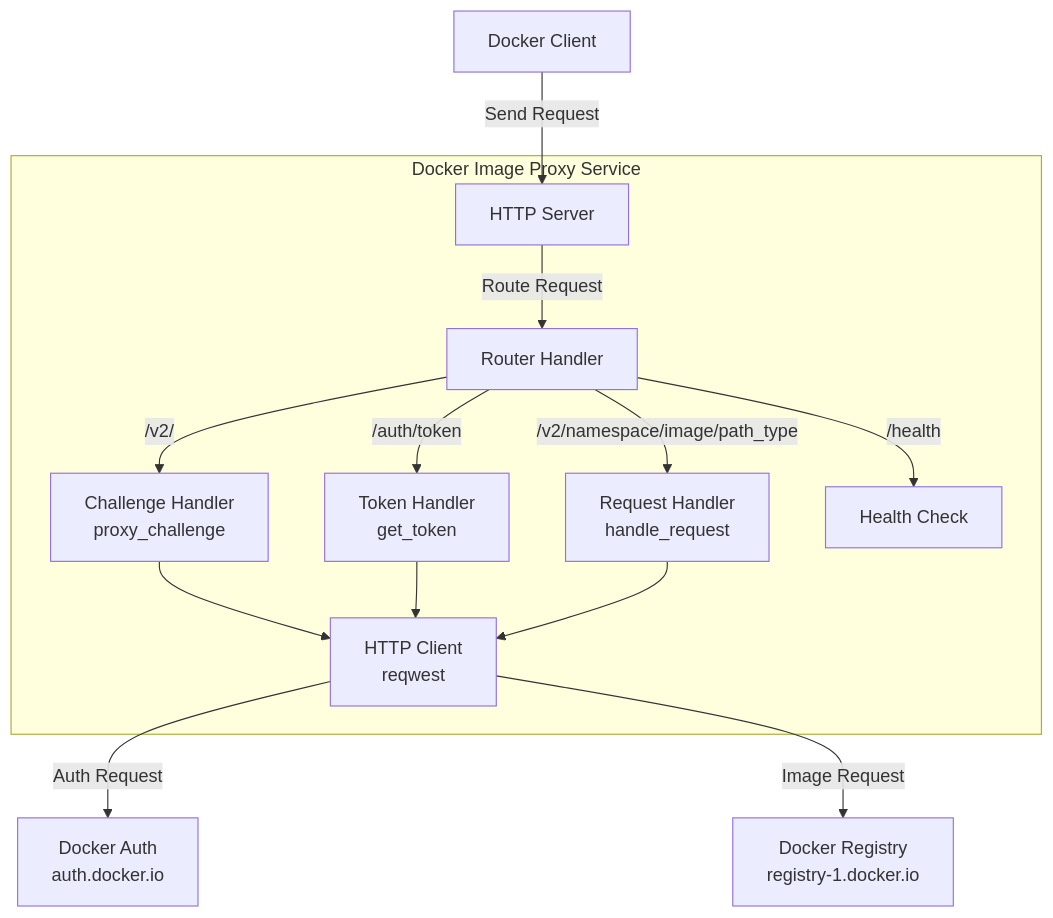
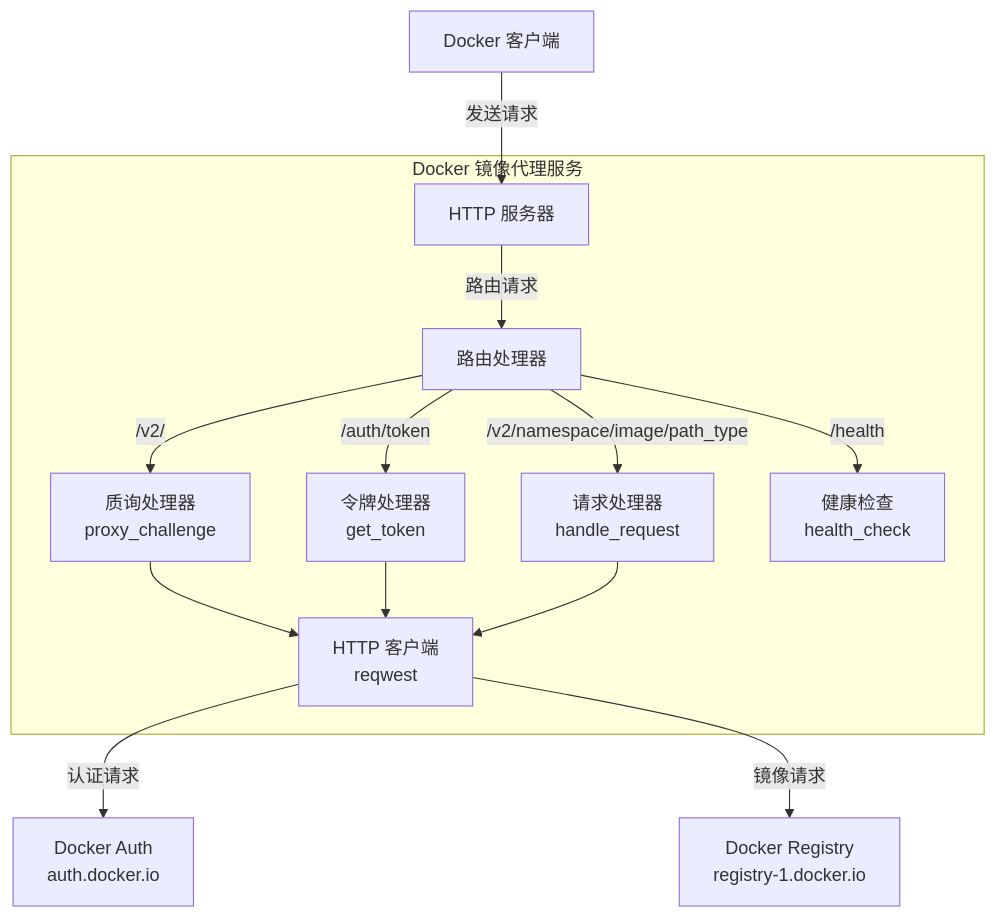
Before and after one commit to harrisonwang/docxy: the first of 3 diagrams in README.md, drawn with Mermaid. The commit also changed other lines of this file and 7 other files, not shown here.

````diff
--- a/README.md
+++ b/README.md
@@ -64,23 +61,23 @@
 ```mermaid
 graph TD
-    Client[Docker Client] -->|Send Request| HttpServer[HTTP Server]
+    Client[Docker 客户端] -->|发送请求| HttpServer[HTTP 服务器]
     
-    subgraph "Docker Image Proxy Service"
-        HttpServer -->|Route Request| RouterHandler[Router Handler]
+    subgraph "Docker 镜像代理服务"
+        HttpServer -->|路由请求| RouterHandler[路由处理器]
         
-        RouterHandler -->|/v2/| ChallengeHandler[Challenge Handler<br>proxy_challenge]
-        RouterHandler -->|/auth/token| TokenHandler[Token Handler<br>get_token]
-        RouterHandler -->|/v2/namespace/image/path_type| RequestHandler[Request Handler<br>handle_request]
-        RouterHandler -->|/health| HealthCheck[Health Check]
+        RouterHandler -->|/v2/| ChallengeHandler[质询处理器<br>proxy_challenge]
+        RouterHandler -->|/auth/token| TokenHandler[令牌处理器<br>get_token]
+        RouterHandler -->|/v2/namespace/image/path_type| RequestHandler[请求处理器<br>handle_request]
+        RouterHandler -->|/health| HealthCheck[健康检查<br>health_check]
         
         ChallengeHandler --> HttpClient
         TokenHandler --> HttpClient
         RequestHandler --> HttpClient
         
     end
     
-    HttpClient[HTTP Client<br>reqwest]
+    HttpClient[HTTP 客户端<br>reqwest]
     
-    HttpClient -->|Auth Request| DockerAuth[Docker Auth<br>auth.docker.io]
-    HttpClient -->|Image Request| DockerRegistry[Docker Registry<br>registry-1.docker.io]
+    HttpClient -->|认证请求| DockerAuth[Docker Auth<br>auth.docker.io]
+    HttpClient -->|镜像请求| DockerRegistry[Docker Registry<br>registry-1.docker.io]
 ```
````
